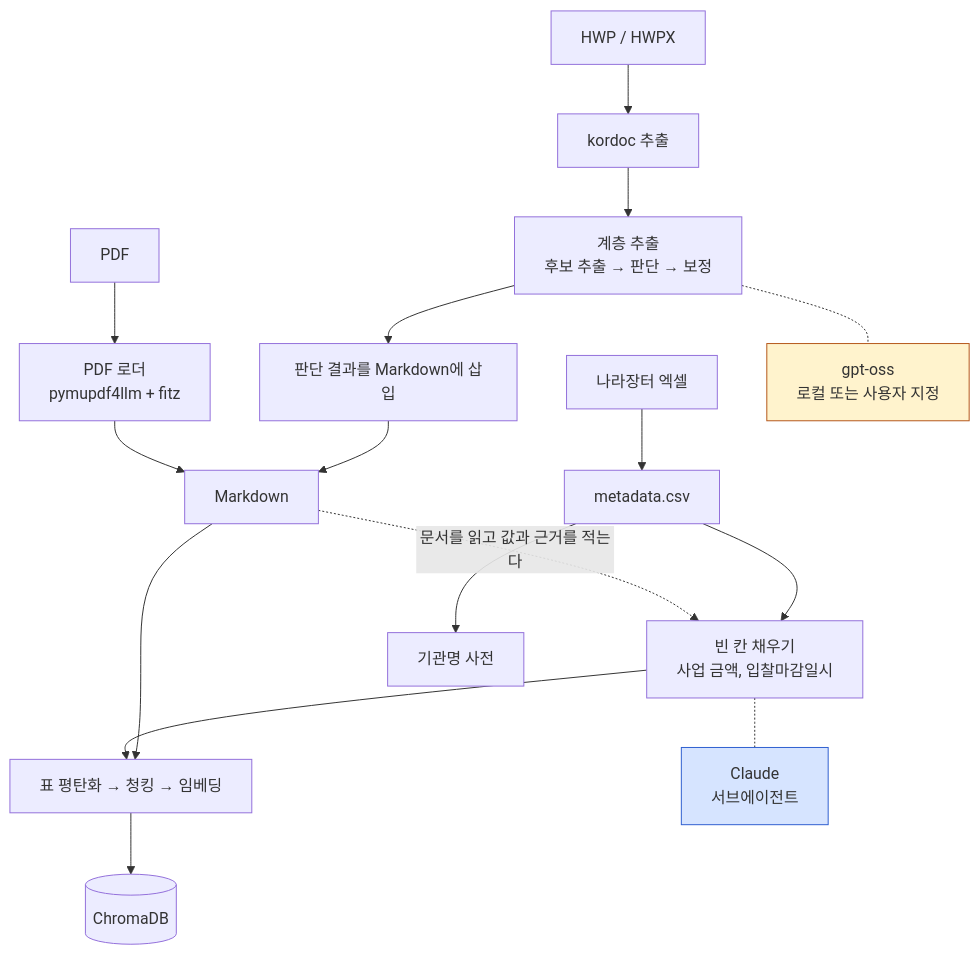
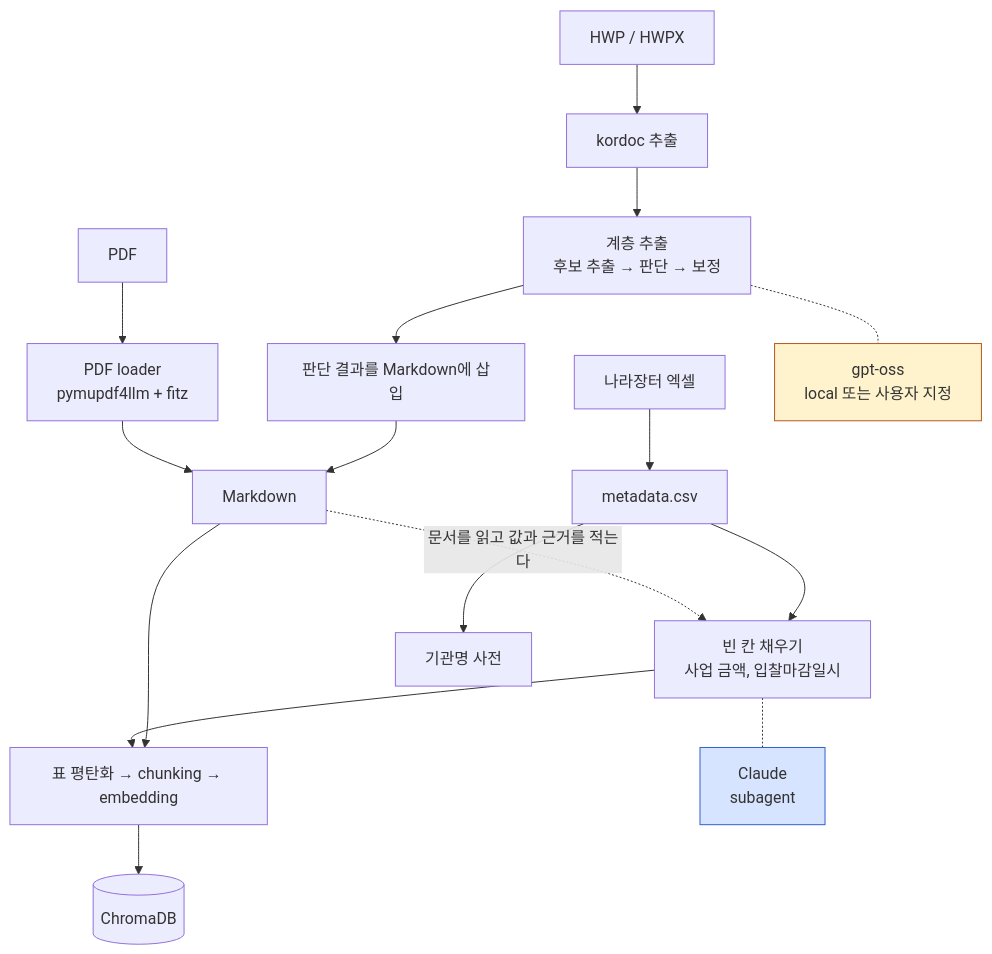
One commit to adover134/hierarchical-md-rag changed the second of 4 diagrams in docs/04_DB구축.md. Above: the diagram before and after it, drawn with Mermaid. The commit also changed other lines of this file and 24 other files, not shown here.

````diff
--- a/docs/04_DB구축.md
+++ b/docs/04_DB구축.md
@@ -35,22 +35,22 @@
 ```mermaid
 flowchart TD
     HWP["HWP / HWPX"] --> K["kordoc 추출"]
     K --> H["계층 추출<br/>후보 추출 → 판단 → 보정"]
     H --> I["판단 결과를 Markdown에 삽입"]
-    PDF["PDF"] --> PL["PDF 로더<br/>pymupdf4llm + fitz"]
+    PDF["PDF"] --> PL["PDF loader<br/>pymupdf4llm + fitz"]
     I --> MD["Markdown"]
     PL --> MD
     XL["나라장터 엑셀"] --> META["metadata.csv"]
     META --> FILL["빈 칸 채우기<br/>사업 금액, 입찰마감일시"]
     MD -.->|"문서를 읽고 값과 근거를 적는다"| FILL
     META --> DIC["기관명 사전"]
-    MD --> CH["표 평탄화 → 청킹 → 임베딩"]
+    MD --> CH["표 평탄화 → chunking → embedding"]
     FILL --> CH
     CH --> DB[("ChromaDB")]
 
-    H -.- GPT["gpt-oss<br/>로컬 또는 사용자 지정"]
-    FILL -.- CL["Claude<br/>서브에이전트"]
+    H -.- GPT["gpt-oss<br/>local 또는 사용자 지정"]
+    FILL -.- CL["Claude<br/>subagent"]
 
     style GPT fill:#fff3cd,stroke:#b4561a
     style CL fill:#d6e4ff,stroke:#2f5fd0
 ```
````
